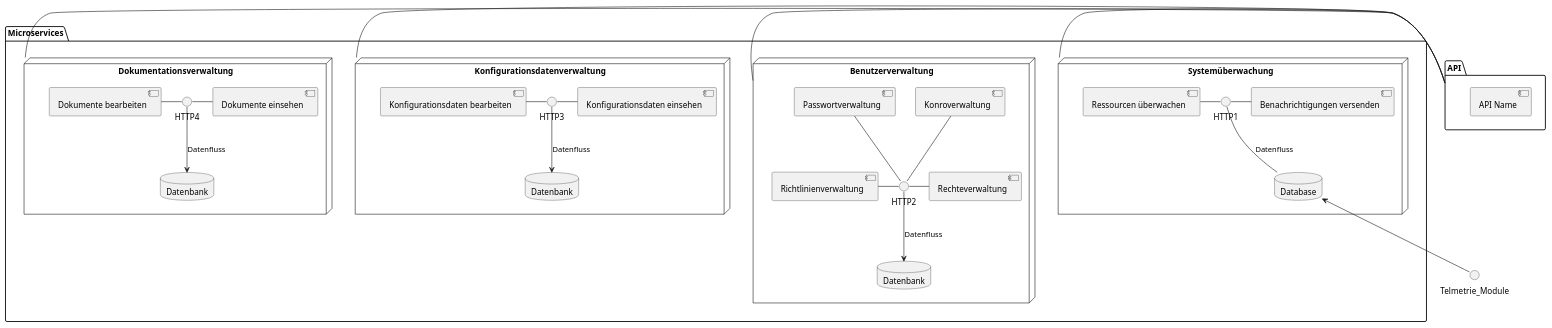
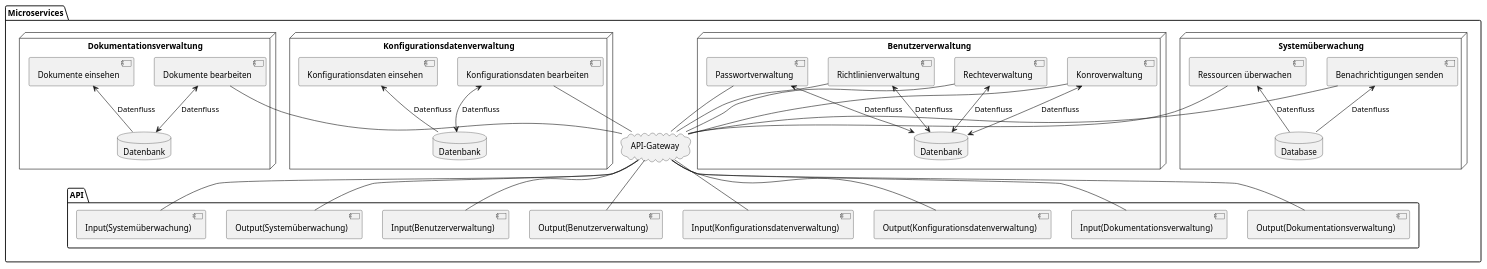
Before and after one commit to fh-erfurt/ss23-kba-project: the second of 7 diagrams in docs/5_systemarchitectur/Systemarchitectur.md, drawn with PlantUML.

Commit message:
Update Systemarchitectur.md
jann

````diff
--- a/docs/5_systemarchitectur/Systemarchitectur.md
+++ b/docs/5_systemarchitectur/Systemarchitectur.md
@@ -146,46 +146,61 @@
 ```plantuml Microservices
 @startuml
 
 package "Microservices" {
-node "Systemüberwachung" {
-  [Ressourcen überwachen] -right- HTTP1
-  [Benachrichtigungen versenden] -left- HTTP1
-  database "Database" as db1
-  HTTP1 -down- db1: Datenfluss
-}
-node "Benutzerverwaltung" {
-  [Konroverwaltung] -down- HTTP2
-  [Passwortverwaltung] -down- HTTP2
-  [Richtlinienverwaltung] - HTTP2
-  [Rechteverwaltung] -left- HTTP2
-  database "Datenbank" as db2
-  HTTP2 --> db2 : Datenfluss
-}
-node "Konfigurationsdatenverwaltung" {
-  [Konfigurationsdaten bearbeiten] -right- HTTP3
-  [Konfigurationsdaten einsehen] -left- HTTP3
-  database "Datenbank" as db3
-  HTTP3 --> db3 : Datenfluss
-}
-node "Dokumentationsverwaltung" {
-  [Dokumente bearbeiten] -right- HTTP4
-  [Dokumente einsehen] -left- HTTP4
-  database "Datenbank" as db4
-  HTTP4 --> db4 : Datenfluss
-}
+  node "Systemüberwachung" {
+    database "Database" as db1
+    [Ressourcen überwachen] <-down- db1 : Datenfluss
+    [Benachrichtigungen senden] <-down- db1 : Datenfluss
+  }
+  node "Benutzerverwaltung" {
+    database "Datenbank" as db2
+    [Konroverwaltung] <-down-> db2 : Datenfluss
+    [Passwortverwaltung] <-down-> db2 : Datenfluss
+    [Richtlinienverwaltung] <-down-> db2 : Datenfluss
+    [Rechteverwaltung] <-down-> db2 : Datenfluss
+  }
+  node "Konfigurationsdatenverwaltung" {
+    database "Datenbank" as db3
+    [Konfigurationsdaten bearbeiten] <-down-> db3 : Datenfluss
+    [Konfigurationsdaten einsehen] <-down- db3 : Datenfluss
+  }
+  node "Dokumentationsverwaltung" {
+    database "Datenbank" as db4
+    [Dokumente bearbeiten] <-down-> db4 : Datenfluss
+    [Dokumente einsehen]  <-down- db4 : Datenfluss
+  }
+  cloud "API-Gateway"
+
+  package "API" {
+    [Input(Systemüberwachung)]
+    [Output(Systemüberwachung)]
+    [Input(Benutzerverwaltung)]
+    [Output(Benutzerverwaltung)]
+    [Input(Konfigurationsdatenverwaltung)]
+    [Output(Konfigurationsdatenverwaltung)]
+    [Input(Dokumentationsverwaltung)]
+    [Output(Dokumentationsverwaltung)]
+  }
+
+  [Ressourcen überwachen]  -down- "API-Gateway" 
+  [Benachrichtigungen senden] -down- "API-Gateway"
+  [Konroverwaltung] -down- "API-Gateway"
+  [Passwortverwaltung] -down- "API-Gateway"
+  [Richtlinienverwaltung] -down- "API-Gateway"
+  [Rechteverwaltung] -down- "API-Gateway"
+  [Konfigurationsdaten bearbeiten] -down- "API-Gateway"
+  [Dokumente bearbeiten] -down- "API-Gateway"
+
+  "API-Gateway" -- [Input(Systemüberwachung)]
+  "API-Gateway" -- [Output(Systemüberwachung)]
+  "API-Gateway" -- [Input(Benutzerverwaltung)]
+  "API-Gateway" -- [Output(Benutzerverwaltung)]
+  "API-Gateway" -- [Input(Konfigurationsdatenverwaltung)]
+  "API-Gateway" -- [Output(Konfigurationsdatenverwaltung)]
+  "API-Gateway" -- [Input(Dokumentationsverwaltung)]
+  "API-Gateway" -- [Output(Dokumentationsverwaltung)]
 
 }
 
-Telmetrie_Module -up-> db1
-
-package "API" {
-  [API Name]
-}
-
-Systemüberwachung - API
-Benutzerverwaltung - API
-Konfigurationsdatenverwaltung - API
-Dokumentationsverwaltung - API
-
 @enduml
 ```
````
